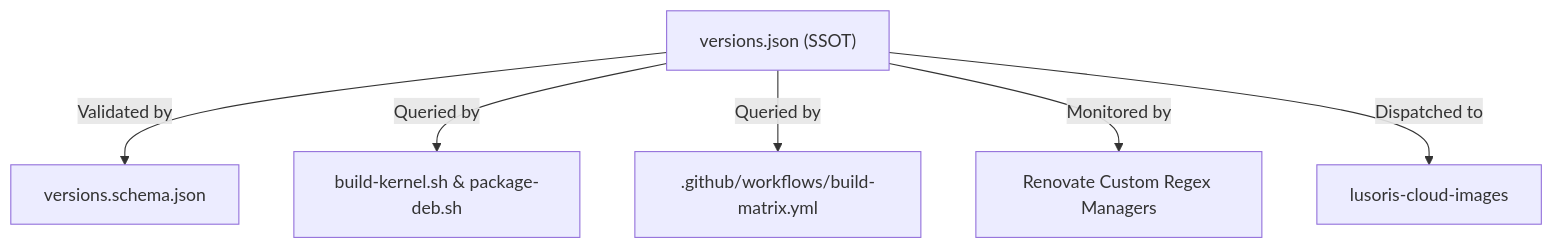
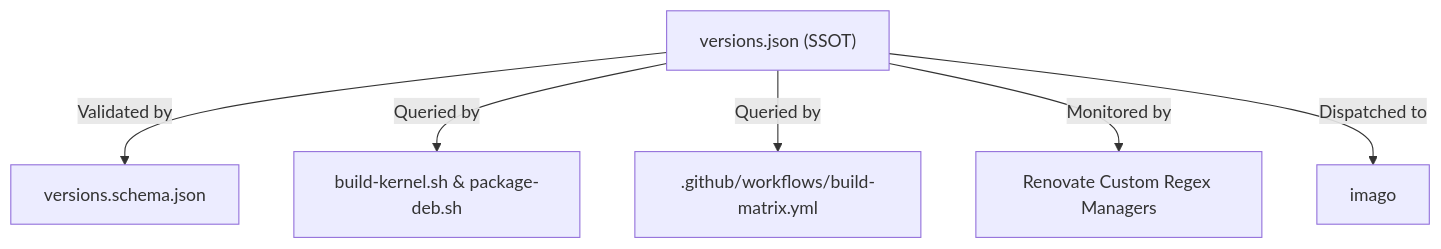
Before and after one commit to cordanaLLM/nucleus: the diagram in docs/adr/0001-declarative-kernel-manifest.md, drawn with Mermaid. The commit also changed other lines of this file and 57 other files, not shown here.

````diff
--- a/docs/adr/0001-declarative-kernel-manifest.md
+++ b/docs/adr/0001-declarative-kernel-manifest.md
@@ -30,8 +30,8 @@
 ```mermaid
 graph TD
     VJ["versions.json (SSOT)"] -->|Validated by| VS["versions.schema.json"]
     VJ -->|Queried by| SH["build-kernel.sh & package-deb.sh"]
     VJ -->|Queried by| CI[".github/workflows/build-matrix.yml"]
     VJ -->|Monitored by| REN["Renovate Custom Regex Managers"]
-    VJ -->|Dispatched to| DOWN["lusoris-cloud-images"]
+    VJ -->|Dispatched to| DOWN["imago"]
 ```
````
